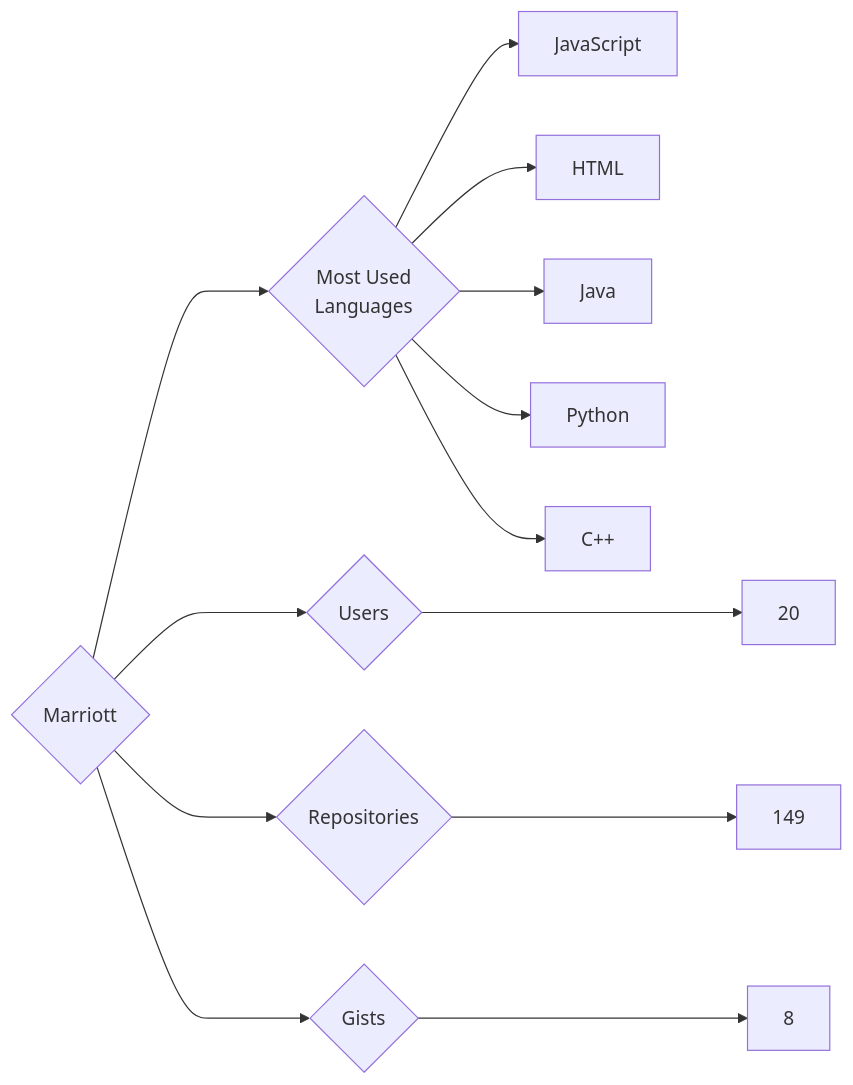
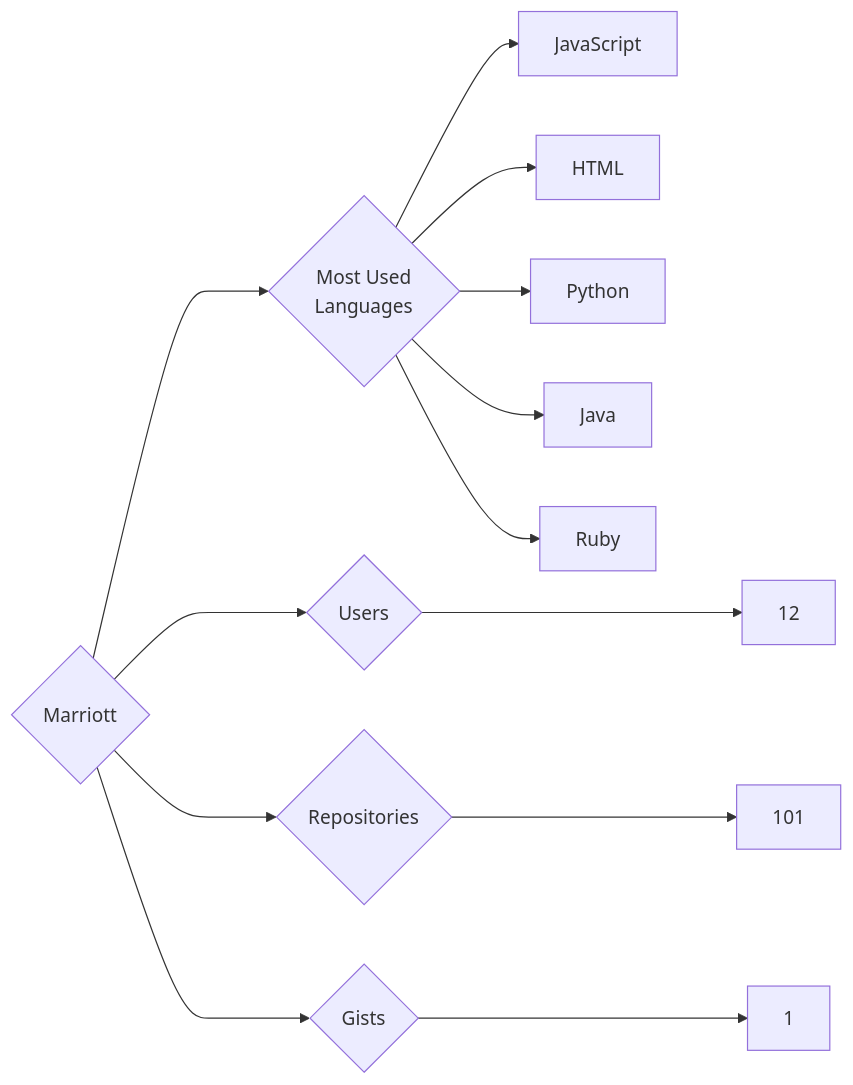
The diagram in targets/Marriott/README.md (trickest/insiders), drawn with Mermaid before and after one commit. The commit also changed 728 other files, not shown here.

````diff
--- a/targets/Marriott/README.md
+++ b/targets/Marriott/README.md
@@ -3,13 +3,13 @@
 ```mermaid
 graph LR
 COMPANY_NAME{Marriott}
-COMPANY_NAME ---> U{Users} ---> UN[20]
-COMPANY_NAME ---> R{Repositories} ---> RN[149]
-COMPANY_NAME ---> G{Gists} ---> GN[8]
+COMPANY_NAME ---> U{Users} ---> UN[12]
+COMPANY_NAME ---> R{Repositories} ---> RN[101]
+COMPANY_NAME ---> G{Gists} ---> GN[1]
 COMPANY_NAME ---> ML{Most Used<br>Languages}
 ML --> JavaScript[JavaScript]
 ML --> HTML[HTML]
+ML --> Python[Python]
 ML --> Java[Java]
-ML --> Python[Python]
-ML --> C++[C++]
+ML --> Ruby[Ruby]
 ```
````
